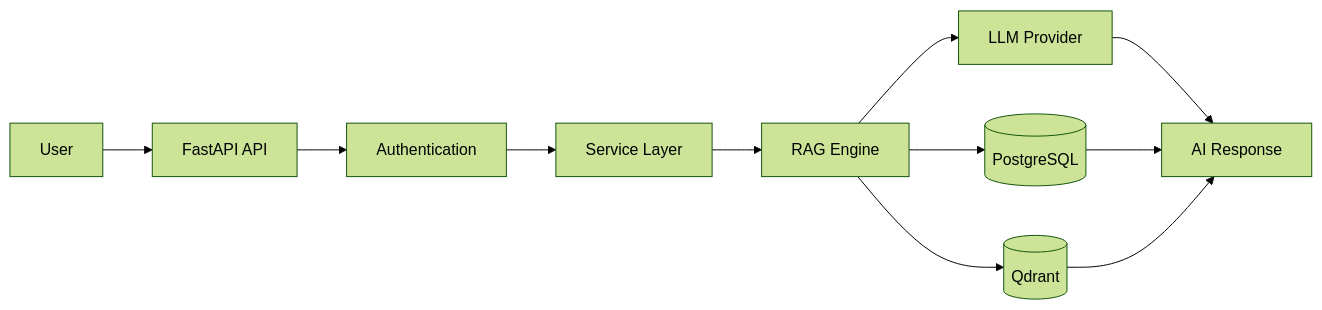
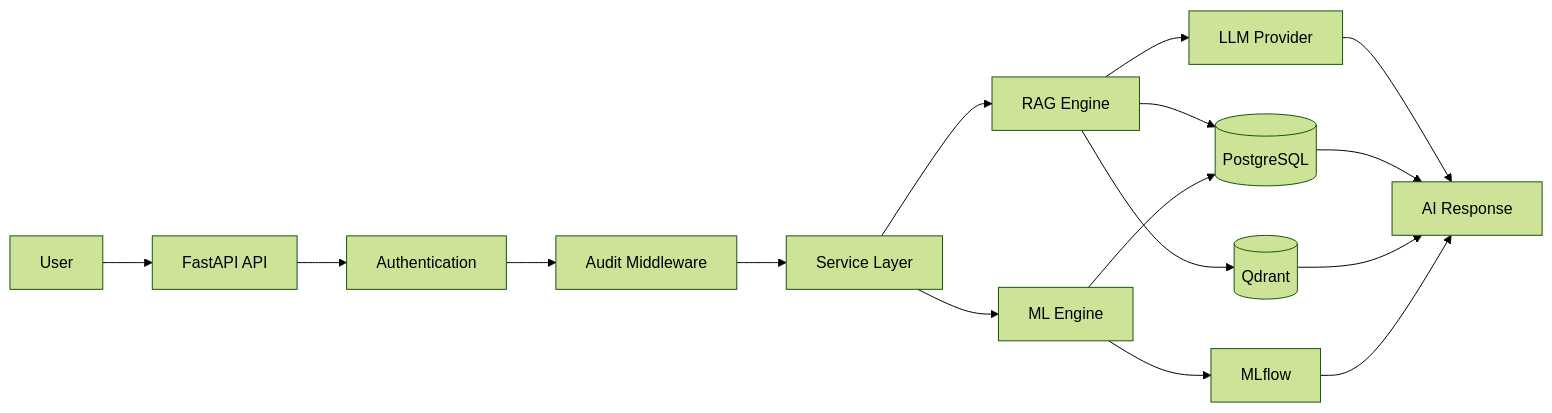
One commit to SubhranshuPan/medintel-ai changed the seventh of 7 diagrams in docs/05_BACKEND_DESIGN.md. Above: the diagram before and after it, drawn with Mermaid (forest theme). The commit also changed other lines of this file and 4 other files, not shown here.

First line of the commit message:
docs(architecture): update TRD, PRD, Scope, App Flow, Backend Design for full platform scope

````diff
--- a/docs/05_BACKEND_DESIGN.md
+++ b/docs/05_BACKEND_DESIGN.md
@@ -187,25 +297,19 @@
 ```mermaid
 flowchart LR
 
-A[User]
-
-A --> B[FastAPI API]
-
+A[User] --> B[FastAPI API]
 B --> C[Authentication]
-
-C --> D[Service Layer]
-
-D --> E[RAG Engine]
-
-E --> F[(PostgreSQL)]
-
-E --> G[(Qdrant)]
-
-E --> H[LLM Provider]
-
-H --> I[AI Response]
-
-F --> I
-
-G --> I
+C --> D[Audit Middleware]
+D --> E[Service Layer]
+E --> F[RAG Engine]
+E --> G[ML Engine]
+F --> PG[(PostgreSQL)]
+F --> QD[(Qdrant)]
+F --> LLM[LLM Provider]
+G --> PG
+G --> MLF[MLflow]
+LLM --> I[AI Response]
+PG --> I
+QD --> I
+MLF --> I
 ```
````
